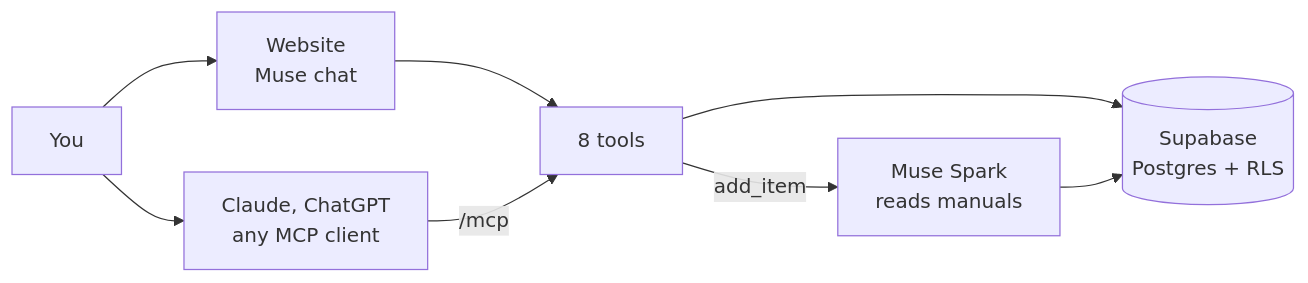
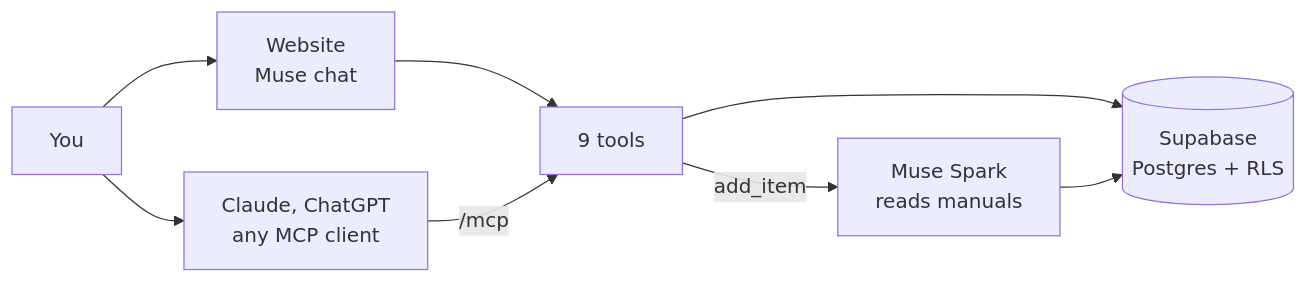
The diagram in README.md (lperezmo/manuals-mcp), drawn with Mermaid before and after one commit. The commit also changed other lines of this file and 19 other files, not shown here.

````diff
--- a/README.md
+++ b/README.md
@@ -14,10 +14,10 @@
 ```mermaid
 flowchart LR
   you["You"] --> site["Website\nMuse chat"]
   you --> ai["Claude, ChatGPT\nany MCP client"]
-  site --> tools["8 tools"]
+  site --> tools["9 tools"]
   ai -- "/mcp" --> tools
   tools --> db[("Supabase\nPostgres + RLS")]
   tools -- "add_item" --> muse["Muse Spark\nreads manuals"]
   muse --> db
 ```
````
